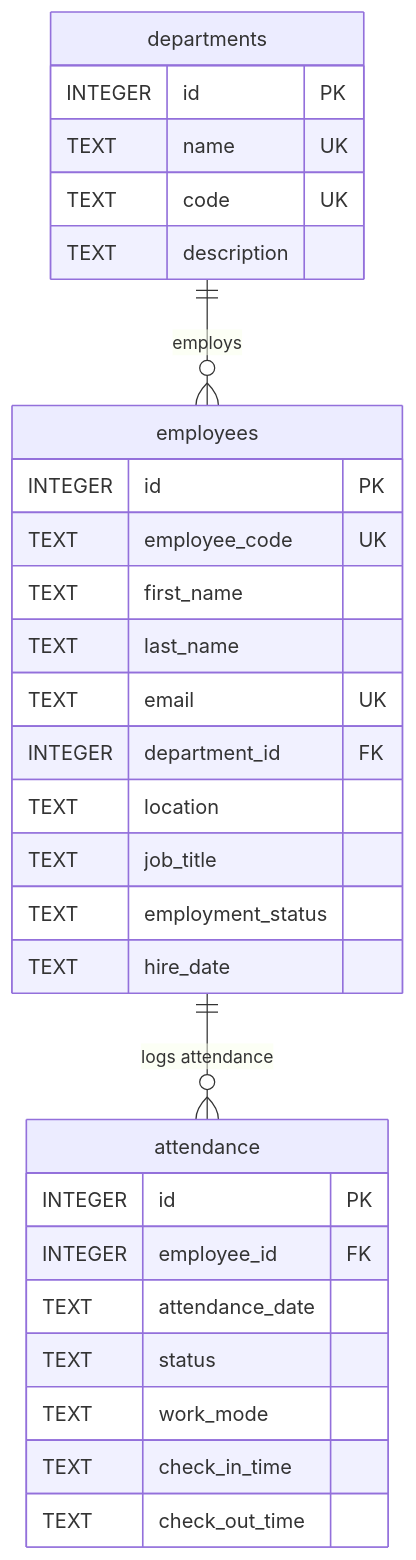
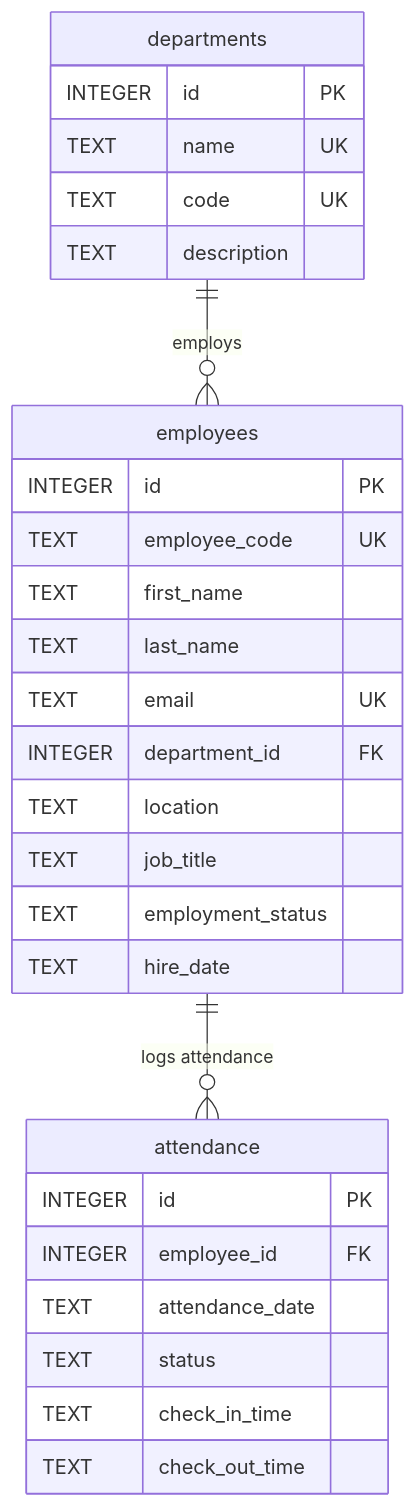
Before and after one commit to PavanReddy-27/Workforce: the second of 2 diagrams in README.md, drawn with Mermaid. The commit also changed other lines of this file and 43 other files, not shown here.

````diff
--- a/README.md
+++ b/README.md
@@ -212,33 +213,32 @@
 ```mermaid
 erDiagram
     departments ||--o{ employees : "employs"
     employees ||--o{ attendance : "logs attendance"
 
     departments {
         INTEGER id PK
         TEXT name UK
         TEXT code UK
         TEXT description
     }
     employees {
         INTEGER id PK
         TEXT employee_code UK
         TEXT first_name
         TEXT last_name
         TEXT email UK
         INTEGER department_id FK
         TEXT location
         TEXT job_title
         TEXT employment_status
         TEXT hire_date
     }
     attendance {
         INTEGER id PK
         INTEGER employee_id FK
         TEXT attendance_date
         TEXT status
-        TEXT work_mode
         TEXT check_in_time
         TEXT check_out_time
     }
 ```
````
